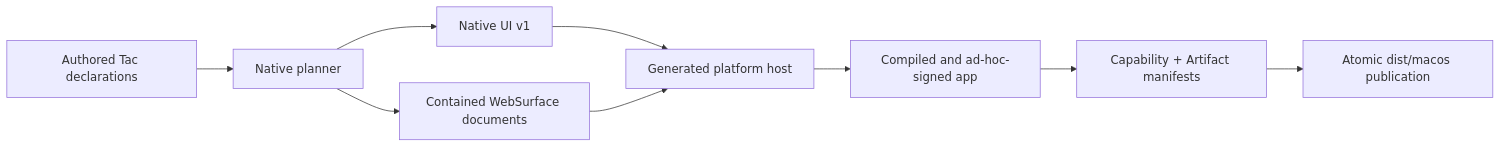
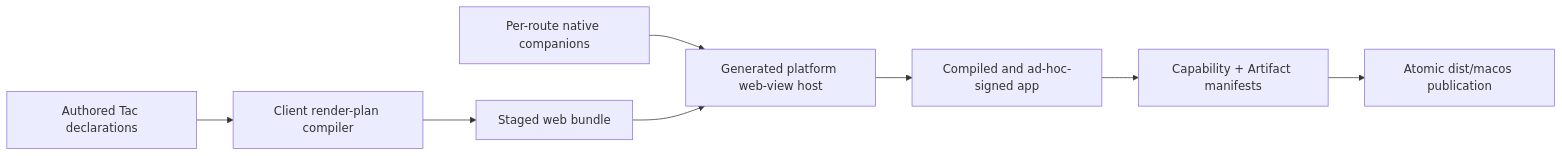
Before and after one commit to d31ma/Tachyon: the fourth of 4 diagrams in docs/architecture/OVERVIEW.md, drawn with Mermaid. The commit also changed other lines of this file and 140 other files, not shown here.

````diff
--- a/docs/architecture/OVERVIEW.md
+++ b/docs/architecture/OVERVIEW.md
@@ -224,11 +224,10 @@
 ```mermaid
 flowchart LR
-    W["Authored Tac declarations"] --> P["Native planner"]
-    P --> N["Native UI v1"]
-    P --> F["Contained WebSurface documents"]
-    N --> S["Generated platform host"]
-    F --> S
+    W["Authored Tac declarations"] --> P["Client render-plan compiler"]
+    P --> N["Staged web bundle"]
+    C["Per-route native companions"] --> S["Generated platform web-view host"]
+    N --> S
     S --> A["Compiled and ad-hoc-signed app"]
     A --> M["Capability + Artifact manifests"]
     M --> O["Atomic dist/macos publication"]
 ```
````
